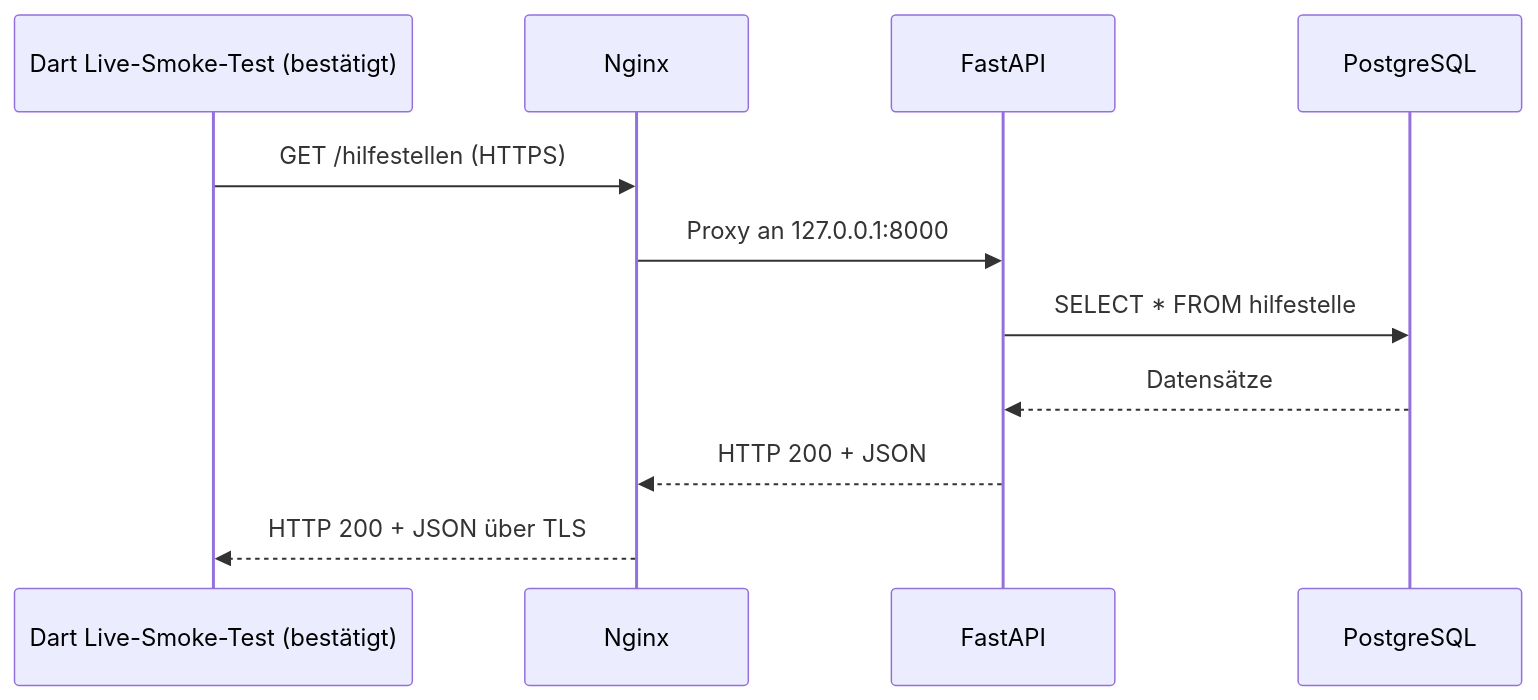
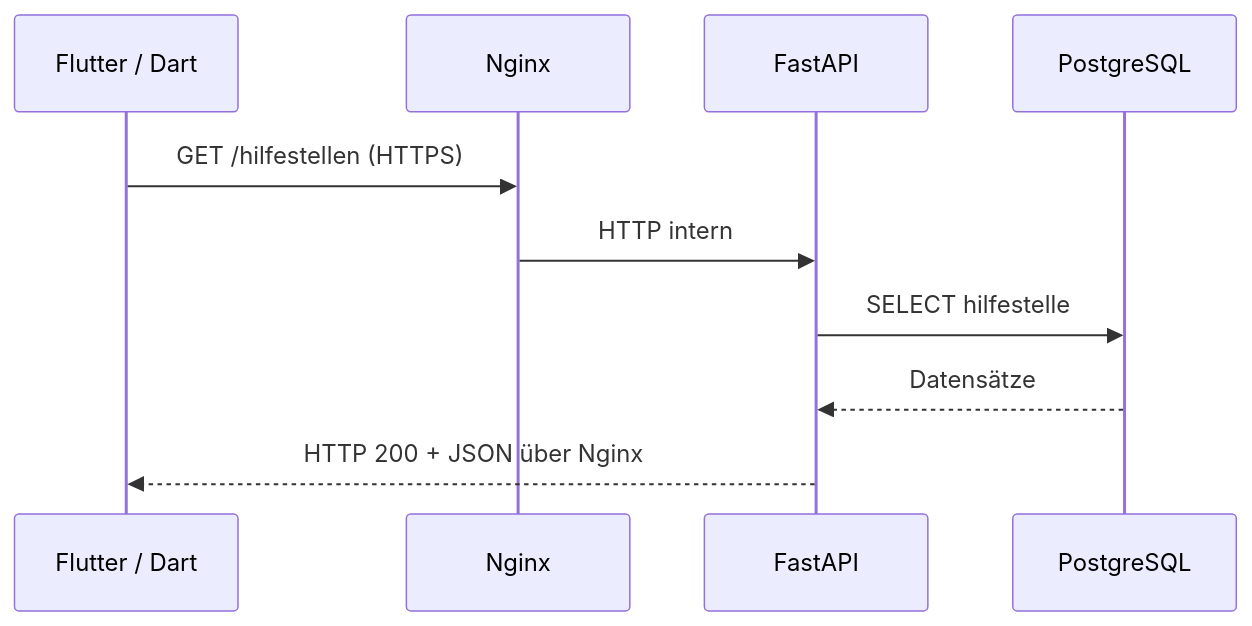
One commit to Pferdusmaximus/YANA-A-B-S changed the second of 2 diagrams in docs/technik/architektur.md. Above: the diagram before and after it, drawn with Mermaid. The commit also changed other lines of this file and 28 other files, not shown here.

````diff
--- a/docs/technik/architektur.md
+++ b/docs/technik/architektur.md
@@ -45,13 +52,12 @@
 ```mermaid
 sequenceDiagram
-    participant Client as Dart Live-Smoke-Test (bestätigt)
+    participant F as Flutter / Dart
     participant N as Nginx
-    participant API as FastAPI
-    participant PG as PostgreSQL
-    Client->>N: GET /hilfestellen (HTTPS)
-    N->>API: Proxy an 127.0.0.1:8000
-    API->>PG: SELECT * FROM hilfestelle
-    PG-->>API: Datensätze
-    API-->>N: HTTP 200 + JSON
-    N-->>Client: HTTP 200 + JSON über TLS
+    participant A as FastAPI
+    participant D as PostgreSQL
+    F->>N: GET /hilfestellen (HTTPS)
+    N->>A: HTTP intern
+    A->>D: SELECT hilfestelle
+    D-->>A: Datensätze
+    A-->>F: HTTP 200 + JSON über Nginx
 ```
````
